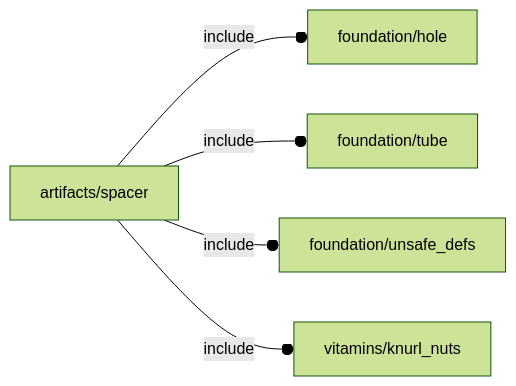
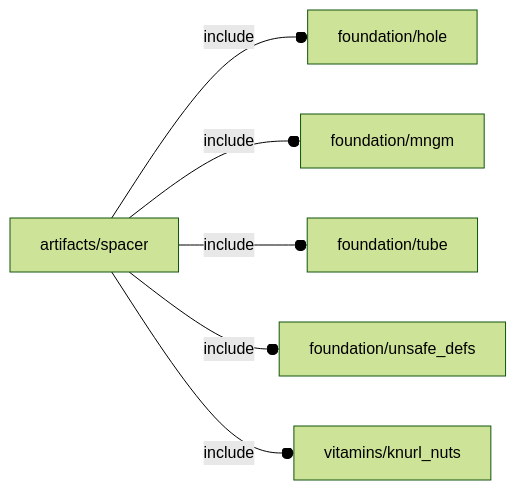
Before and after one commit to ggabbiani/OFL: the diagram in orthodocs/artifacts/spacer.md, drawn with Mermaid (forest theme). The commit also changed 39 other files, not shown here.

````diff
--- a/orthodocs/artifacts/spacer.md
+++ b/orthodocs/artifacts/spacer.md
@@ -5,7 +5,8 @@
 ```mermaid
 graph LR
     A1[artifacts/spacer] --o|include| A2[foundation/hole]
-    A1 --o|include| A3[foundation/tube]
-    A1 --o|include| A4[foundation/unsafe_defs]
-    A1 --o|include| A5[vitamins/knurl_nuts]
+    A1 --o|include| A3[foundation/mngm]
+    A1 --o|include| A4[foundation/tube]
+    A1 --o|include| A5[foundation/unsafe_defs]
+    A1 --o|include| A6[vitamins/knurl_nuts]
 ```
````
